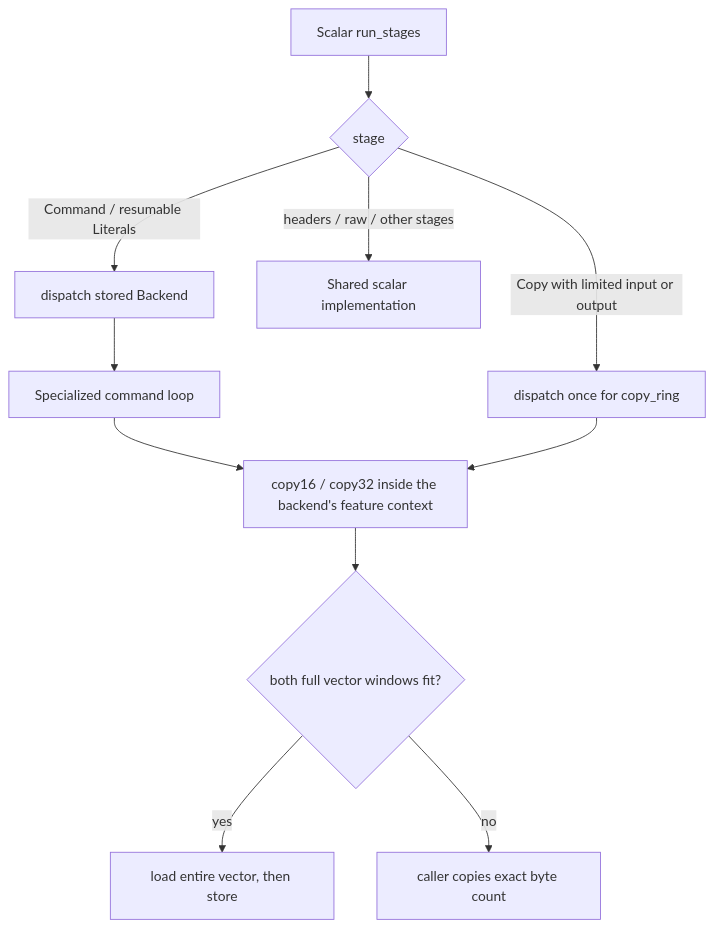
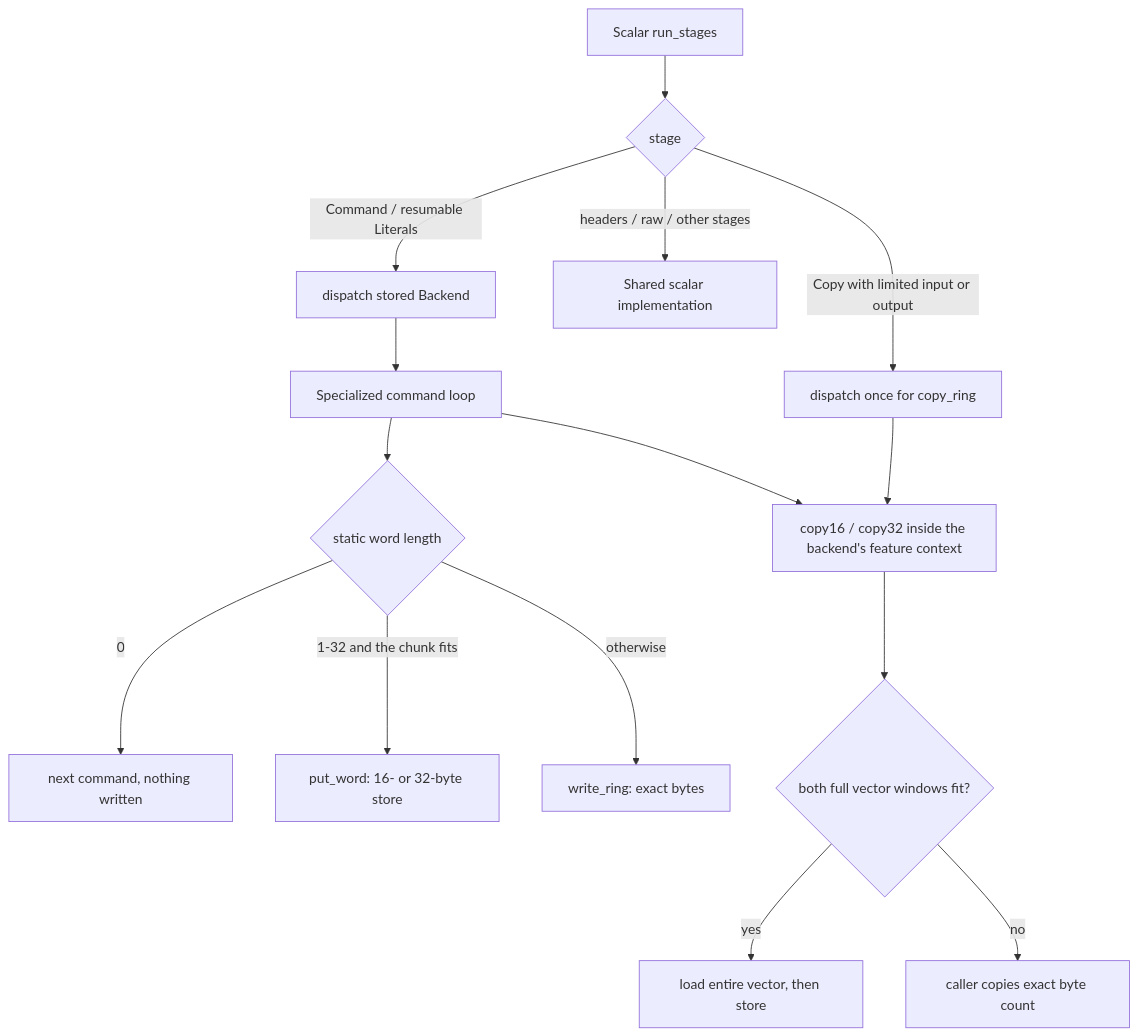
One commit to M-Compressors/mbrotli changed the seventh of 11 diagrams in architecture/decompressor.md. Above: the diagram before and after it, drawn with Mermaid. The commit also changed other lines of this file and 12 other files, not shown here.

````diff
--- a/architecture/decompressor.md
+++ b/architecture/decompressor.md
@@ -439,13 +445,17 @@
 ```mermaid
 flowchart TD
     Stage[Scalar run_stages] --> Kind{stage}
     Kind -->|Command / resumable Literals| Dispatch[dispatch stored Backend]
     Dispatch --> Fast[Specialized command loop]
     Fast --> Copy[copy16 / copy32 inside the backend's feature context]
+    Fast --> Word{static word length}
+    Word -->|0| Next[next command, nothing written]
+    Word -->|1-32 and the chunk fits| Put[put_word: 16- or 32-byte store]
+    Word -->|otherwise| Ring[write_ring: exact bytes]
     Kind -->|Copy with limited input or output| Bulk[dispatch once for copy_ring]
     Bulk --> Copy
     Kind -->|headers / raw / other stages| Scalar[Shared scalar implementation]
     Copy --> Bounds{both full vector windows fit?}
     Bounds -->|yes| Snapshot[load entire vector, then store]
     Bounds -->|no| Exact[caller copies exact byte count]
 ```
````
